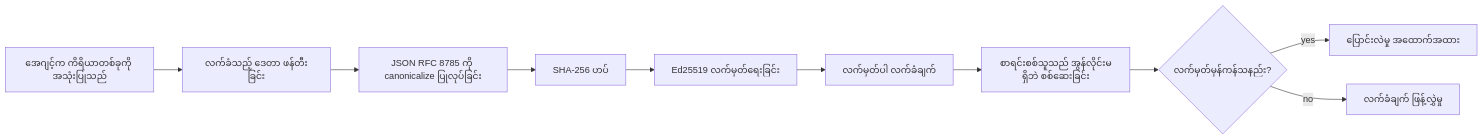
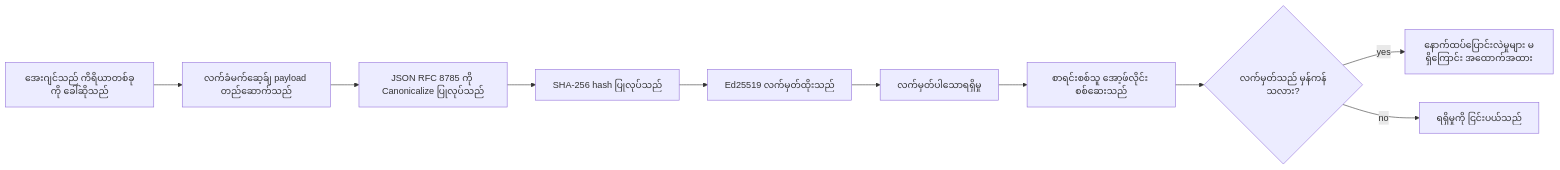
The first of 2 diagrams in mirrors/repos/microsoft@ai-agents-for-beginners/translations/my/18-securing-ai-agents/README.md (gabrielmoreira/agent-skills-mirror), drawn with Mermaid before and after one commit. The commit also changed other lines of this file and 2285 other files, not shown here.

````diff
--- a/mirrors/repos/microsoft@ai-agents-for-beginners/translations/my/18-securing-ai-agents/README.md
+++ b/mirrors/repos/microsoft@ai-agents-for-beginners/translations/my/18-securing-ai-agents/README.md
@@ -51,12 +51,12 @@
 ```mermaid
 flowchart LR
-    A[အေဂျင့်က ကိရိယာတစ်ခုကို အသုံးပြုသည်] --> B[လက်ခံသည့် ဒေတာ ဖန်တီးခြင်း]
-    B --> C[JSON RFC 8785 ကို canonicalize ပြုလုပ်ခြင်း]
-    C --> D[SHA-256 ဟပ်]
-    D --> E[Ed25519 လက်မှတ်ရေးခြင်း]
-    E --> F[လက်မှတ်ပါ လက်ခံချက်]
-    F --> G[စာရင်းစစ်သူသည် အွန်လိုင်းမရှိဘဲ စစ်ဆေးခြင်း]
-    G --> H{လက်မှတ်မှန်ကန်သနည်း?}
-    H -- yes --> I[ပြောင်းလဲမှု အထောက်အထား]
-    H -- no --> J[လက်ခံချက် ဖြန့်လွှဲမှု]
+    A[အေးဂျင်သည် ကိရိယာတစ်ခုကို ခေါ်ဆိုသည်] --> B[လက်ခံမက်ဆေ့ခ်ျ payload တည်ဆောက်သည်]
+    B --> C[JSON RFC 8785 ကို Canonicalize ပြုလုပ်သည်]
+    C --> D[SHA-256 hash ပြုလုပ်သည်]
+    D --> E[Ed25519 လက်မှတ်ထိုးသည်]
+    E --> F[လက်မှတ်ပါသောရရှိမှု]
+    F --> G[စာရင်းစစ်သူ အော့ဖ်လိုင်း စစ်ဆေးသည်]
+    G --> H{လက်မှတ်သည် မှန်ကန်သလား?}
+    H -- yes --> I[နောက်ထပ်ပြောင်းလဲမှုများ မရှိကြောင်း အထောက်အထား]
+    H -- no --> J[ရရှိမှုကို ငြင်းပယ်သည်]
 ```
````
